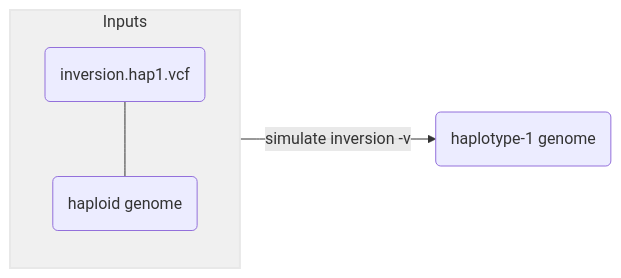
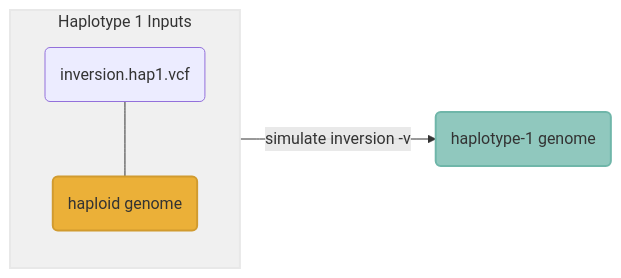
The second of 6 diagrams in Modules/Simulate/simulate-variants.md (pdimens/harpy), drawn with Mermaid before and after one commit. The commit also changed other lines of this file, not shown here.

````diff
--- a/Modules/Simulate/simulate-variants.md
+++ b/Modules/Simulate/simulate-variants.md
@@ -225,8 +228,10 @@
 ```mermaid
 graph LR
-    subgraph id1 ["Inputs"]
+    subgraph id1 ["Haplotype 1 Inputs"]
     hap1(inversion.hap1.vcf)---geno(haploid genome)
     end
     id1-->|simulate inversion -v|hapgeno(haplotype-1 genome)
     style id1 fill:#f0f0f0,stroke:#e8e8e8,stroke-width:2px
+    style hapgeno fill:#90c8be,stroke:#6fb6a9,stroke-width:2px
+    style geno fill:#ebb038,stroke:#d19b2f,stroke-width:2px
 ```
````
